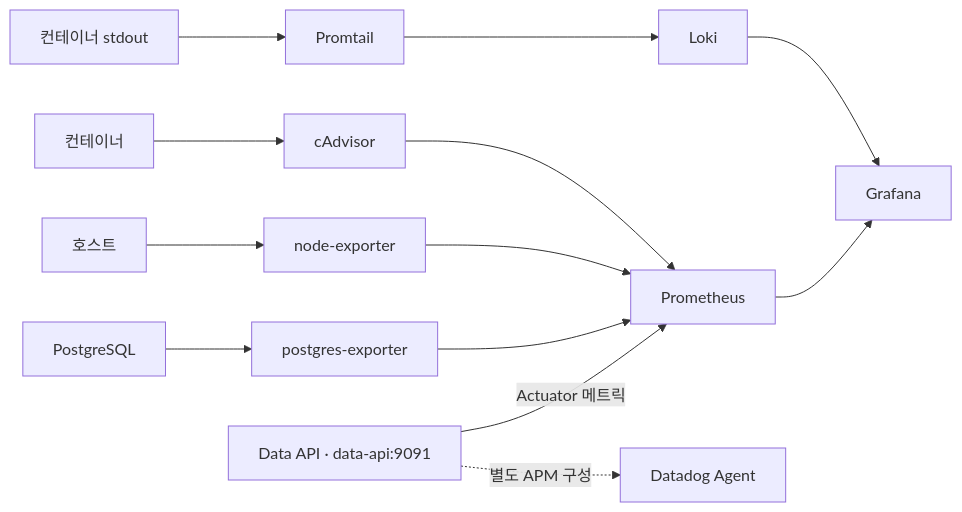
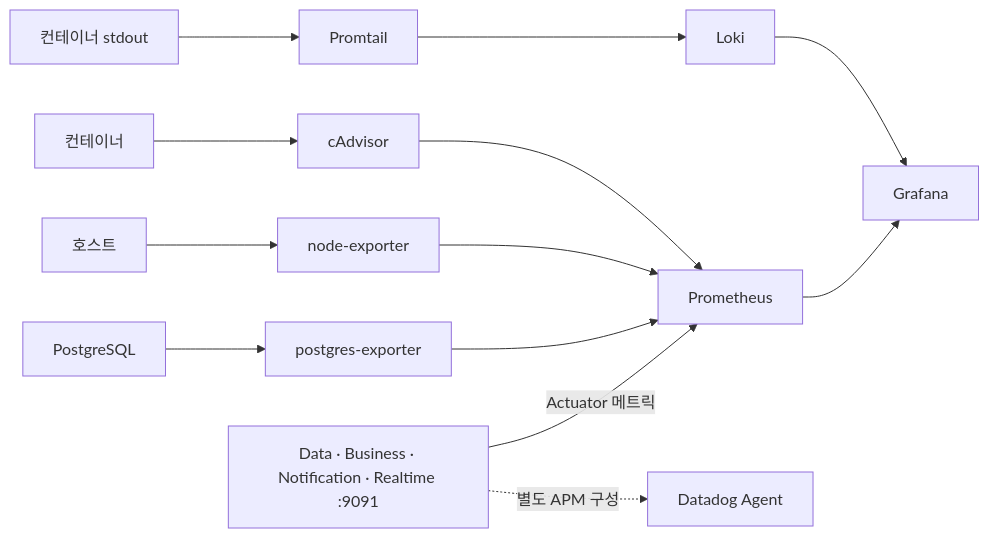
The diagram in server/observability/README.md (OneOrThree/phone), drawn with Mermaid before and after one commit. The commit also changed other lines of this file and 173 other files, not shown here.

First line of the commit message:
[CHORE] GROMO-2336 부하 조사 하네스·계측 정착 — 2026-10-18 조사에서 쓴 k6 시나리오·시드 계약·격리 스택 compose, business/realtime 풀·세션·틱 계측, http 히스토그램, 컴포넌트 대시보드·postgres-exporter 를 main 에 올린다

````diff
--- a/server/observability/README.md
+++ b/server/observability/README.md
@@ -9,15 +9,15 @@
 ```mermaid
 flowchart LR
-  app["Data API · data-api:9091"] -->|"Actuator 메트릭"| prometheus["Prometheus"]
+  app["Data · Business · Notification · Realtime :9091"] -->|"Actuator 메트릭"| prometheus["Prometheus"]
   db["PostgreSQL"] --> exporter["postgres-exporter"]
   exporter --> prometheus
   host["호스트"] --> node["node-exporter"]
   node --> prometheus
   container["컨테이너"] --> cadvisor["cAdvisor"]
   cadvisor --> prometheus
   logs["컨테이너 stdout"] --> promtail["Promtail"]
   promtail --> loki["Loki"]
   prometheus --> grafana["Grafana"]
   loki --> grafana
   app -.->|"별도 APM 구성"| datadog["Datadog Agent"]
 ```
````
